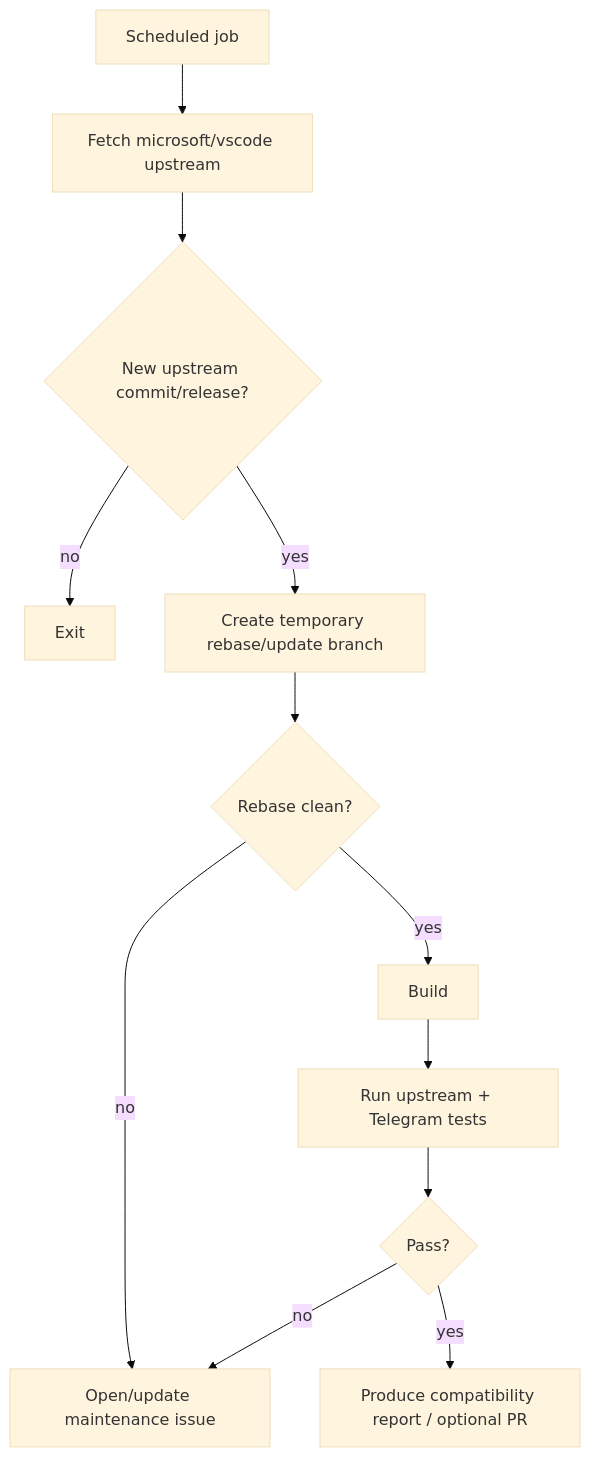
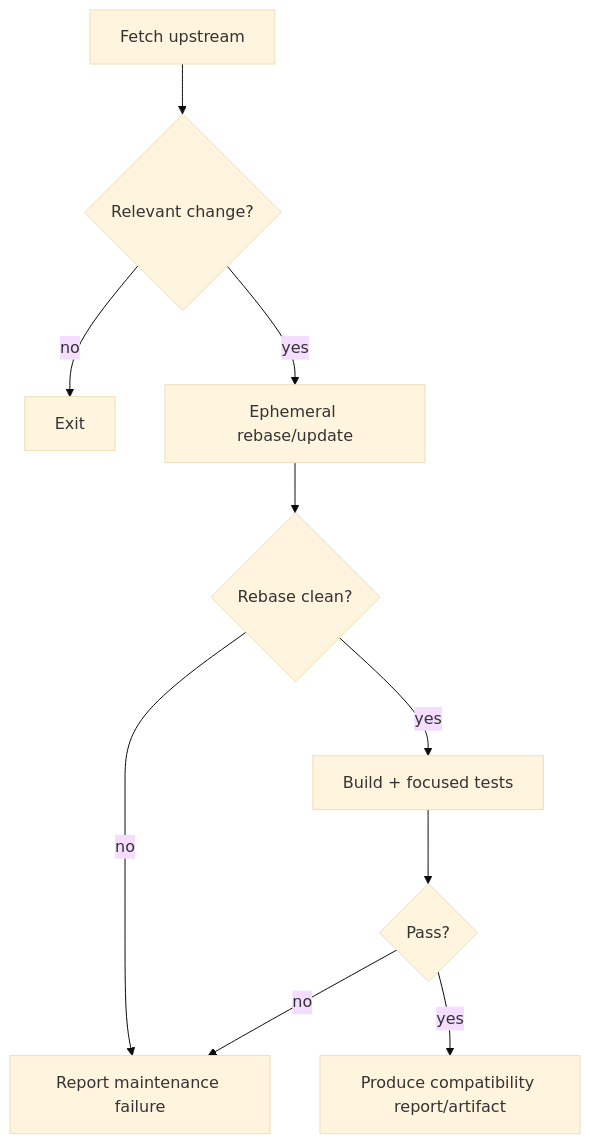
The diagram in extensions/copilot/docs/telegram-remote/UPSTREAM_SYNC.md (SachiHarshitha/vscode-telegram), drawn with Mermaid (base theme) before and after one commit. The commit also changed other lines of this file, not shown here.

Commit message:
docs(telegram-remote): update upstream sync strategy for current seams

````diff
--- a/extensions/copilot/docs/telegram-remote/UPSTREAM_SYNC.md
+++ b/extensions/copilot/docs/telegram-remote/UPSTREAM_SYNC.md
@@ -162,14 +215,12 @@
 ```mermaid
 flowchart TD
-    A[Scheduled job] --> B[Fetch microsoft/vscode upstream]
-    B --> C{New upstream commit/release?}
-    C -->|no| Z[Exit]
-    C -->|yes| D[Create temporary rebase/update branch]
-    D --> E{Rebase clean?}
-    E -->|no| F[Open/update maintenance issue]
-    E -->|yes| G[Build]
-    G --> H[Run upstream + Telegram tests]
-    H --> I{Pass?}
-    I -->|no| F
-    I -->|yes| J[Produce compatibility report / optional PR]
+    A[Fetch upstream] --> B{Relevant change?}
+    B -->|no| Z[Exit]
+    B -->|yes| C[Ephemeral rebase/update]
+    C --> D{Rebase clean?}
+    D -->|no| F[Report maintenance failure]
+    D -->|yes| E[Build + focused tests]
+    E --> G{Pass?}
+    G -->|no| F
+    G -->|yes| H[Produce compatibility report/artifact]
 ```
````
